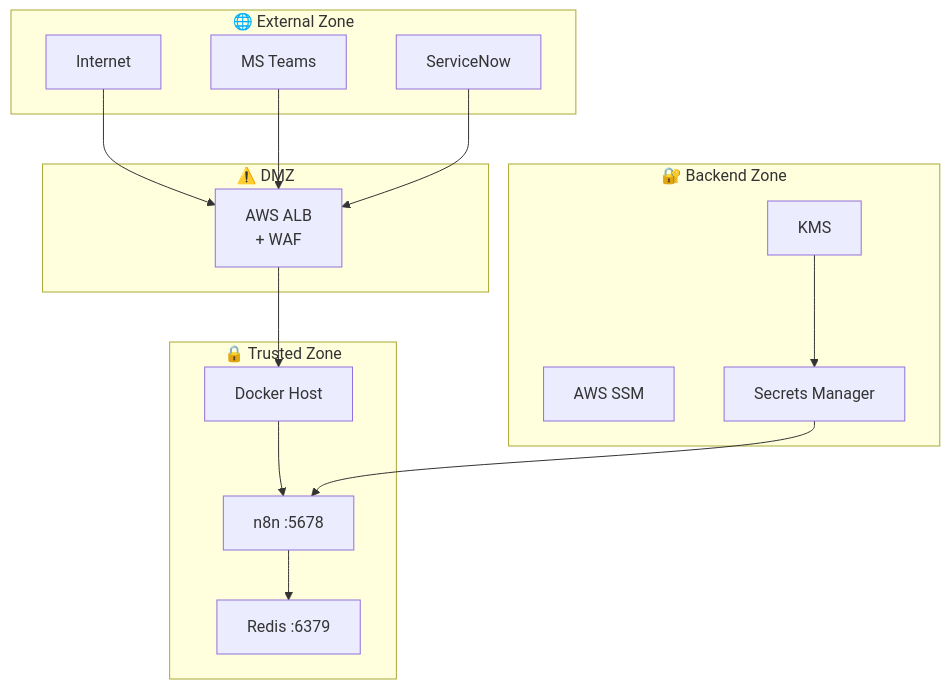
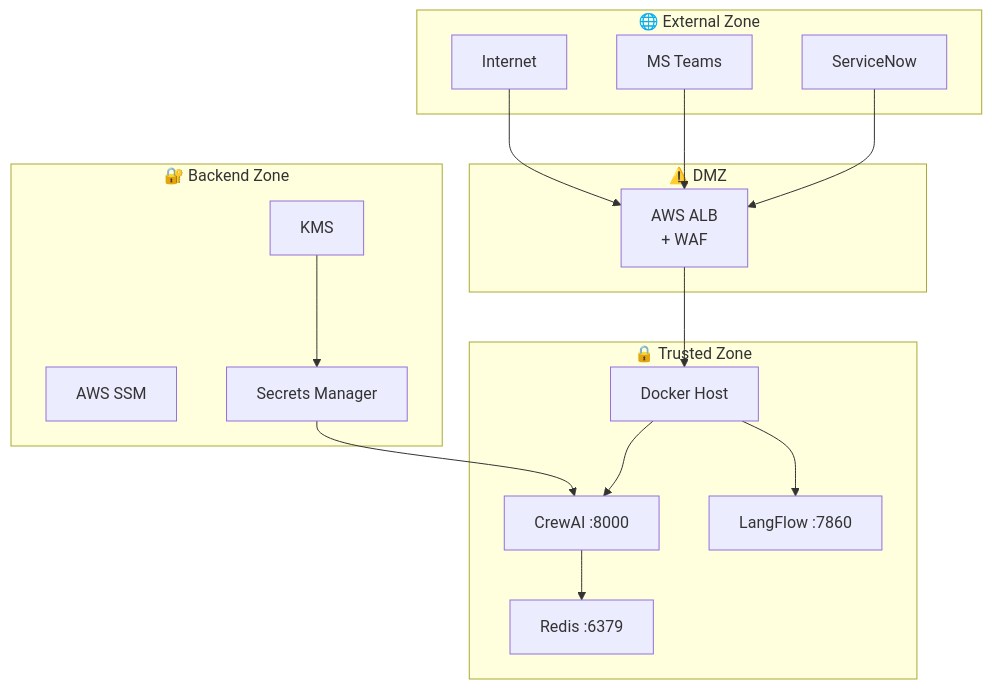
The fourth of 6 diagrams in docs/TAD.md (maniltns/AEGIS), drawn with Mermaid before and after one commit. The commit also changed other lines of this file and 14 other files, not shown here.

Commit message:
docs: Add comprehensive documentation for AEGIS architecture, demo, setup, and executive insights, and update contributing guidelines for the Python/CrewAI agent stack.

````diff
--- a/docs/TAD.md
+++ b/docs/TAD.md
@@ -269,33 +272,35 @@
 ```mermaid
 graph TB
     subgraph "🌐 External Zone"
         INTERNET["Internet"]
         TEAMS_EXT["MS Teams"]
         SNOW_EXT["ServiceNow"]
     end
 
     subgraph DMZ["⚠️ DMZ"]
         ALB["AWS ALB<br/>+ WAF"]
     end
 
     subgraph TRUSTED["🔒 Trusted Zone"]
         DOCKER["Docker Host"]
-        N8N["n8n :5678"]
+        CREW["CrewAI :8000"]
+        LF["LangFlow :7860"]
         REDIS["Redis :6379"]
     end
 
     subgraph BACKEND["🔐 Backend Zone"]
         SSM["AWS SSM"]
         SECRETS["Secrets Manager"]
         KMS["KMS"]
     end
 
     INTERNET --> ALB
     TEAMS_EXT --> ALB
     SNOW_EXT --> ALB
     ALB --> DOCKER
-    DOCKER --> N8N
-    N8N --> REDIS
-    SECRETS --> N8N
+    DOCKER --> CREW
+    DOCKER --> LF
+    CREW --> REDIS
+    SECRETS --> CREW
     KMS --> SECRETS
 ```
````
